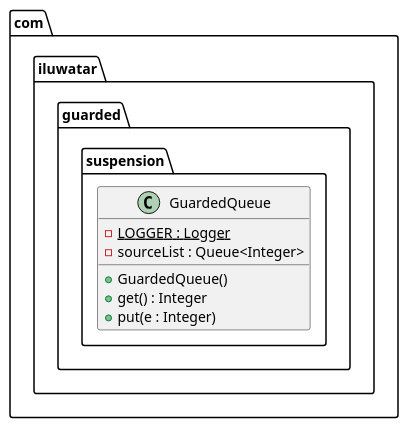
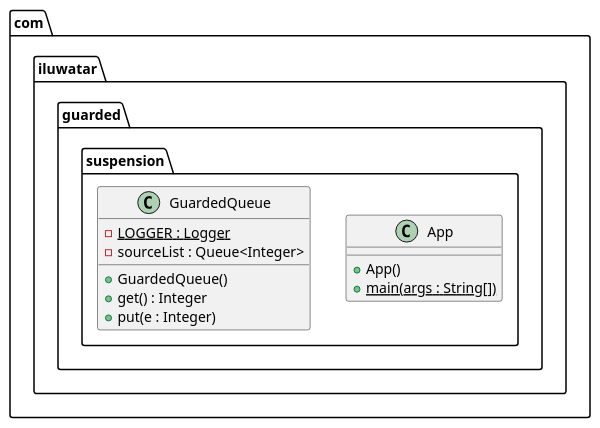
Before and after one commit to NatalieSty/java-design-patterns: the diagram in guarded-suspension/etc/guarded-suspension.urm.puml, drawn with PlantUML. The commit also changed 18 other files, not shown here.

Commit message:
Work on #190: urm/puml updates * added pumlid where it was missing and possible * removed pumlid where it generated a bad image * regenerated some incorrect puml's * added 'left to right direction' puml prefix to some diagrams to improve the automatic layouting

```diff
--- a/guarded-suspension/etc/guarded-suspension.urm.puml
+++ b/guarded-suspension/etc/guarded-suspension.urm.puml
@@ -1,11 +1,15 @@
 @startuml
 package com.iluwatar.guarded.suspension {
+  class App {
+    + App()
+    + main(args : String[]) {static}
+  }
   class GuardedQueue {
     - LOGGER : Logger {static}
     - sourceList : Queue<Integer>
     + GuardedQueue()
     + get() : Integer
     + put(e : Integer)
   }
 }
 @enduml
```
